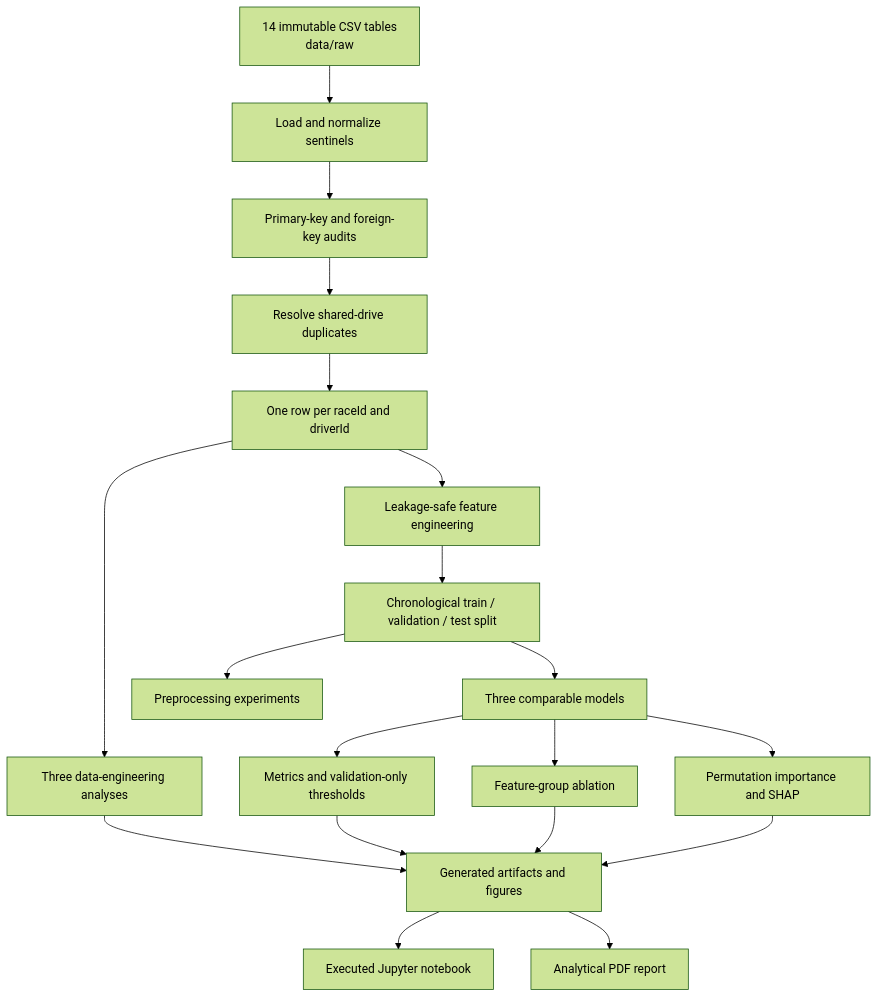
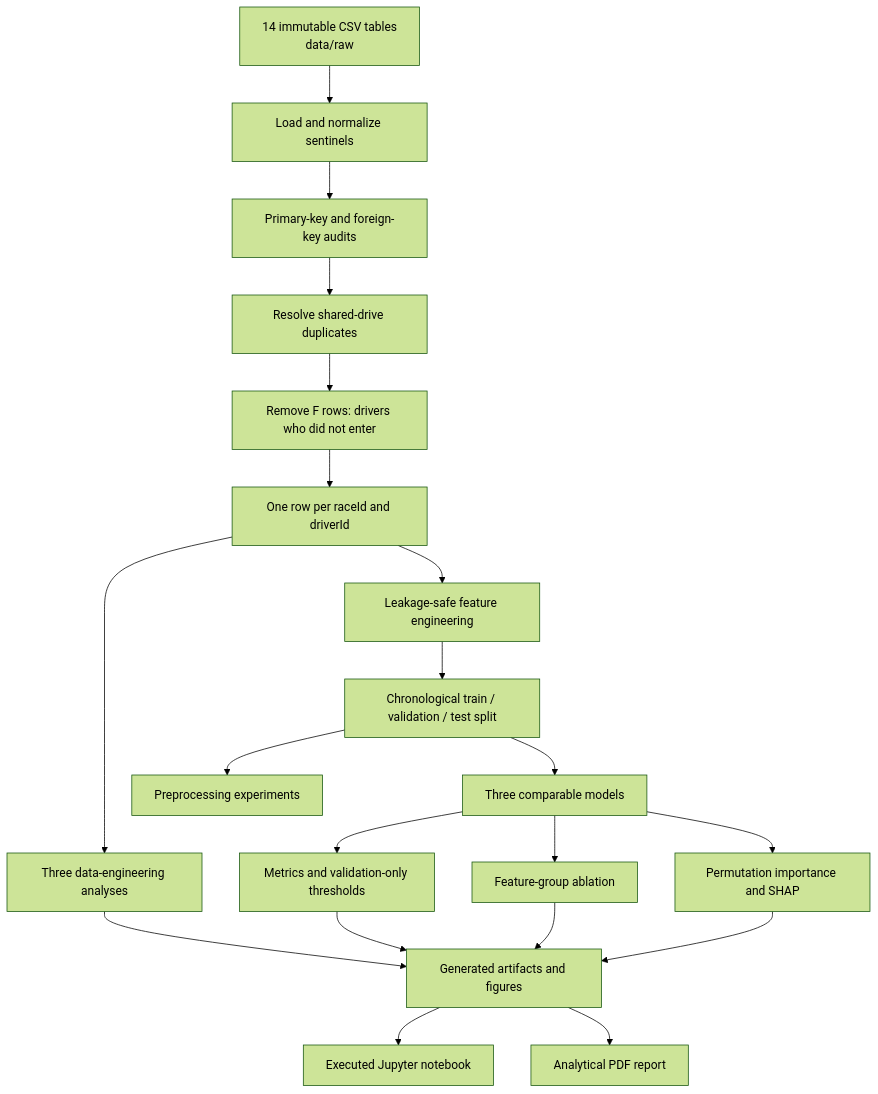
Before and after one commit to aliyousefex/ACL-9th-Paladin: the diagram in README.md, drawn with Mermaid (forest theme). The commit also changed other lines of this file and 16 other files, not shown here.

````diff
--- a/README.md
+++ b/README.md
@@ -28,21 +29,22 @@
 ```mermaid
 flowchart TD
     A[14 immutable CSV tables<br/>data/raw] --> B[Load and normalize sentinels]
     B --> C[Primary-key and foreign-key audits]
     C --> D[Resolve shared-drive duplicates]
-    D --> E[One row per raceId and driverId]
+    D --> D2[Remove F rows: drivers who did not enter]
+    D2 --> E[One row per raceId and driverId]
     E --> F[Three data-engineering analyses]
     E --> G[Leakage-safe feature engineering]
     G --> H[Chronological train / validation / test split]
     H --> I[Preprocessing experiments]
     H --> J[Three comparable models]
     J --> K[Metrics and validation-only thresholds]
     J --> L[Feature-group ablation]
     J --> M[Permutation importance and SHAP]
     F --> N[Generated artifacts and figures]
     K --> N
     L --> N
     M --> N
     N --> O[Executed Jupyter notebook]
     N --> P[Analytical PDF report]
 ```
````
